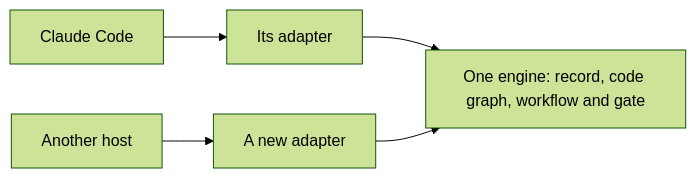
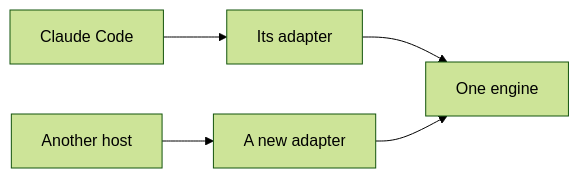
One commit to trustmybot/tmb changed the second of 3 diagrams in docs/architecture/PHILOSOPHY.md. Above: the diagram before and after it, drawn with Mermaid (forest theme). The commit also changed other lines of this file, not shown here.

````diff
--- a/docs/architecture/PHILOSOPHY.md
+++ b/docs/architecture/PHILOSOPHY.md
@@ -61,7 +109,7 @@
 ```mermaid
 flowchart LR
     H1["Claude Code"] --> A1["Its adapter"]
     H3["Another host"] --> A3["A new adapter"]
-    A1 --> E["One engine: record, code graph, workflow and gate"]
+    A1 --> E["One engine"]
     A3 --> E
 ```
````
